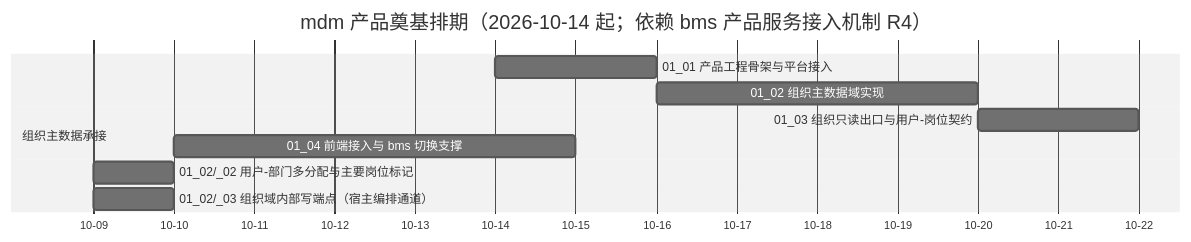
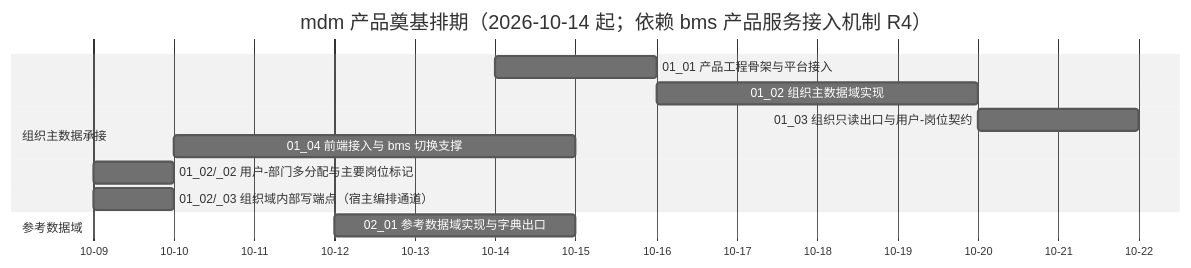
The diagram in mdm文档/项目/01_mdm 产品奠基/计划/01_计划_mdm产品奠基.md (minjian123/master-data-management), drawn with Mermaid (neutral theme) before and after one commit. The commit also changed other lines of this file and 5 other files, not shown here.

````diff
--- a/mdm文档/项目/01_mdm 产品奠基/计划/01_计划_mdm产品奠基.md
+++ b/mdm文档/项目/01_mdm 产品奠基/计划/01_计划_mdm产品奠基.md
@@ -35,13 +37,15 @@
 ```mermaid
 gantt
     title mdm 产品奠基排期（2026-10-14 起；依赖 bms 产品服务接入机制 R4）
     dateFormat  YYYY-MM-DD
     axisFormat %m-%d
     section 组织主数据承接
     01_01 产品工程骨架与平台接入 :m0101, 2026-10-14, 2d
     01_02 组织主数据域实现 :m0102, 2026-10-16, 4d
     01_03 组织只读出口与用户-岗位契约 :m0103, 2026-10-20, 2d
     01_04 前端接入与 bms 切换支撑 :m0104, 2026-10-10, 5d
     01_02/_02 用户-部门多分配与主要岗位标记 :m0102b, 2026-10-09, 1d
     01_02/_03 组织域内部写端点（宿主编排通道） :m0102c, 2026-10-09, 1d
+    section 参考数据域
+    02_01 参考数据域实现与字典出口 :m0201, 2026-10-12, 3d
 ```
````
